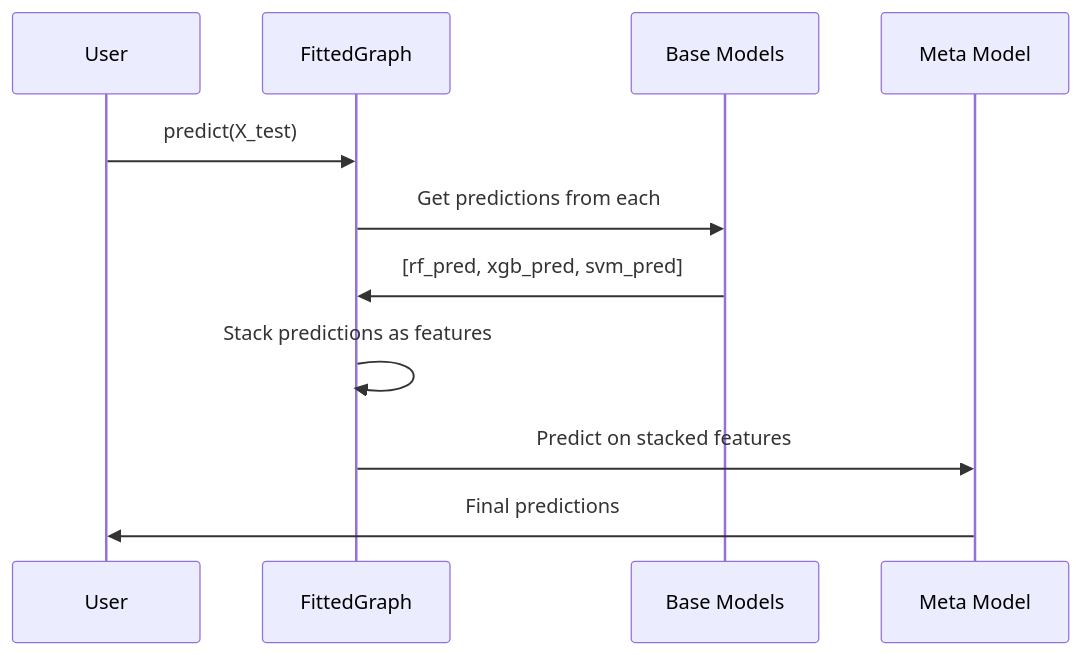
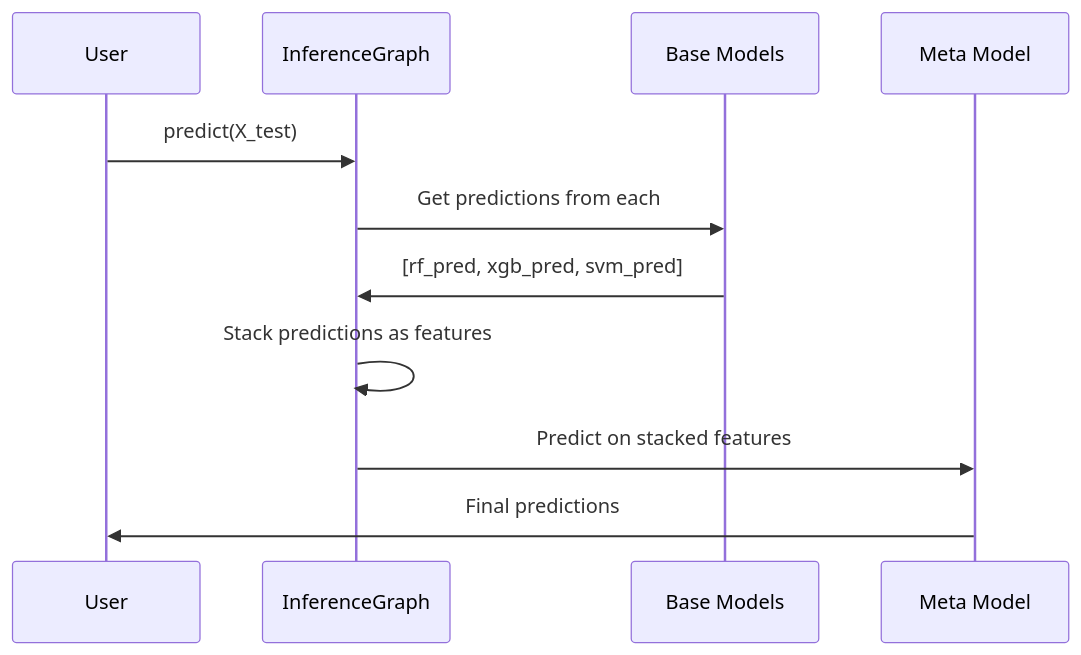
The sixth of 6 diagrams in docs/stacking.md (caldred/auto-sklearn), drawn with Mermaid before and after one commit. The commit also changed other lines of this file and 123 other files, not shown here.

````diff
--- a/docs/stacking.md
+++ b/docs/stacking.md
@@ -386,14 +408,14 @@
 ```mermaid
 sequenceDiagram
     participant U as User
-    participant G as FittedGraph
+    participant G as InferenceGraph
     participant B as Base Models
     participant M as Meta Model
 
     U->>G: predict(X_test)
     G->>B: Get predictions from each
     B->>G: [rf_pred, xgb_pred, svm_pred]
     G->>G: Stack predictions as features
     G->>M: Predict on stacked features
     M->>U: Final predictions
 ```
````
